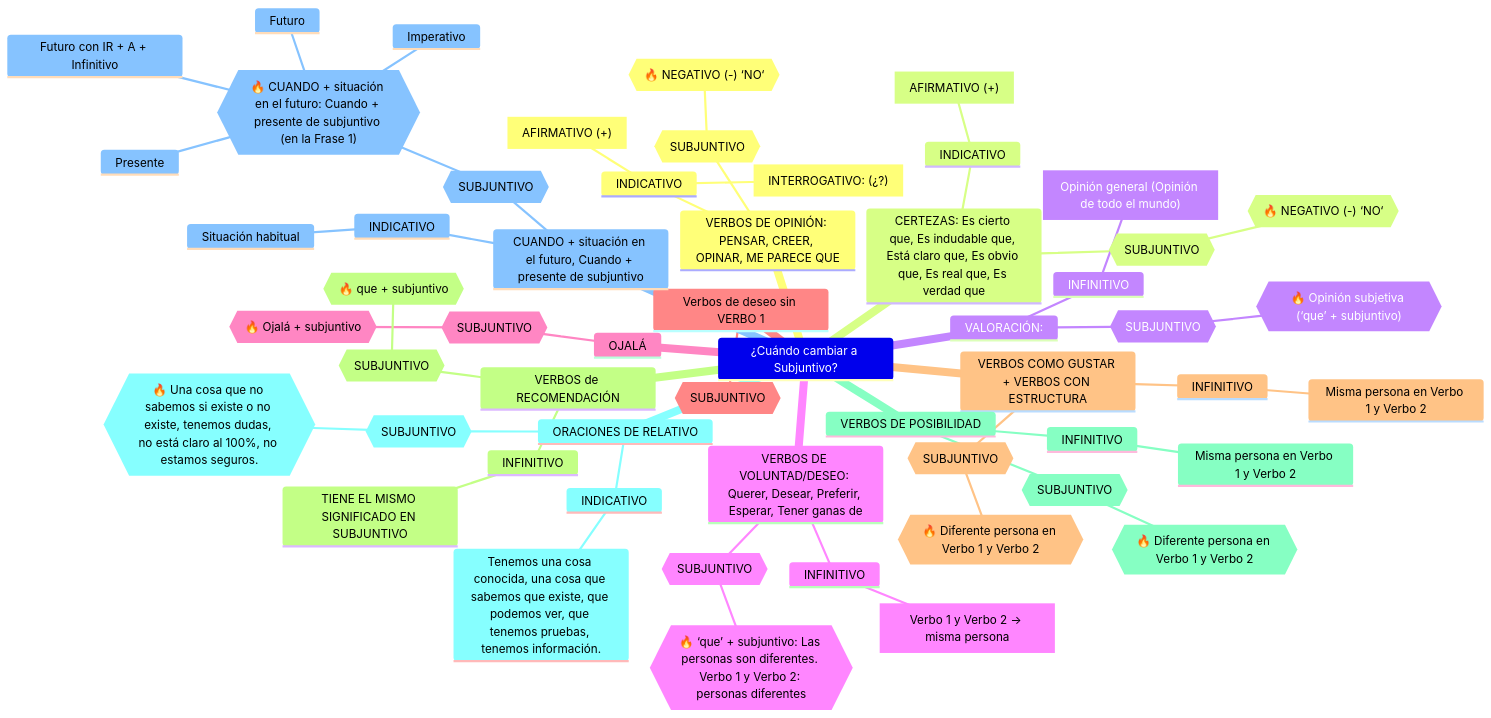
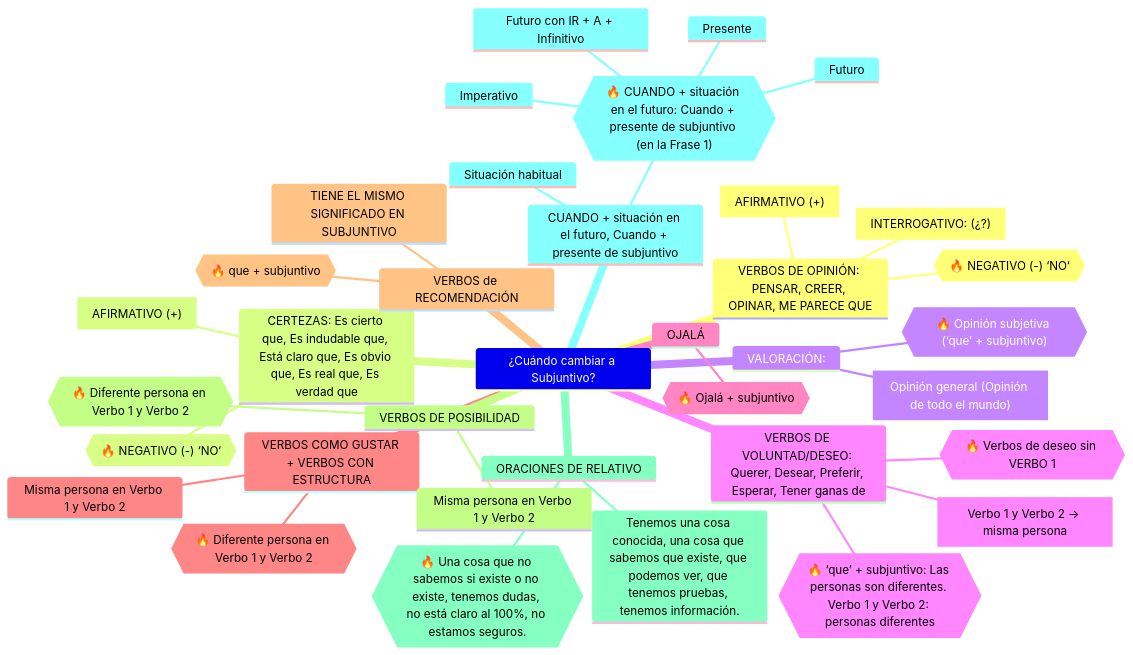
One commit to bibenga/docker-django-play changed the second of 5 diagrams in test.md. Above: the diagram before and after it, drawn with Mermaid.

````diff
--- a/test.md
+++ b/test.md
@@ -65,59 +65,39 @@
 ```mermaid
 mindmap
 ¿Cuándo cambiar a Subjuntivo?
     VERBOS DE OPINIÓN: PENSAR, CREER, OPINAR, ME PARECE QUE
-        INDICATIVO
-            ["AFIRMATIVO (+)"]
-            ["INTERROGATIVO: (¿?)"]
-        {{SUBJUNTIVO}}
-            {{"🔥 NEGATIVO (-) ‘NO‘"}}
+        ["AFIRMATIVO (+)"]
+        ["INTERROGATIVO: (¿?)"]
+        {{"🔥 NEGATIVO (-) ‘NO‘"}}
     CERTEZAS: Es cierto que, Es indudable que, Está claro que, Es obvio que, Es real que, Es verdad que
-        INDICATIVO
-            ["AFIRMATIVO (+)"]
-        {{SUBJUNTIVO}}
-            {{"🔥 NEGATIVO (-) ‘NO‘"}}
+        ["AFIRMATIVO (+)"]
+        {{"🔥 NEGATIVO (-) ‘NO‘"}}
     VALORACIÓN:
-        INFINITIVO
-            ["Opinión general (Opinión de todo el mundo)"]
-        {{SUBJUNTIVO}}
-            {{"🔥 Opinión subjetiva (‘que’ + subjuntivo)"}}
+        ["Opinión general (Opinión de todo el mundo)"]
+        {{"🔥 Opinión subjetiva (‘que’ + subjuntivo)"}}
     VERBOS DE VOLUNTAD/DESEO: Querer, Desear, Preferir, Esperar, Tener ganas de
-        INFINITIVO
-            ["Verbo 1 y Verbo 2 -> misma persona"]
-        {{SUBJUNTIVO}}
-            {{"🔥 ‘que’ + subjuntivo: Las personas son diferentes. Verbo 1 y Verbo 2: personas diferentes"}}
+        ["Verbo 1 y Verbo 2 -> misma persona"]
+        {{"🔥 ‘que’ + subjuntivo: Las personas son diferentes. Verbo 1 y Verbo 2: personas diferentes"}}
+        {{🔥 Verbos de deseo sin VERBO 1}}
     OJALÁ
-        {{SUBJUNTIVO}}
-            {{"🔥 Ojalá + subjuntivo"}}
-    Verbos de deseo sin VERBO 1
-        {{SUBJUNTIVO}}
+        {{"🔥 Ojalá + subjuntivo"}}
     VERBOS COMO GUSTAR + VERBOS CON ESTRUCTURA
-        INFINITIVO
-            Misma persona en Verbo 1 y Verbo 2
-        {{SUBJUNTIVO}}
-            {{"🔥 Diferente persona en Verbo 1 y Verbo 2"}}
+        Misma persona en Verbo 1 y Verbo 2
+        {{"🔥 Diferente persona en Verbo 1 y Verbo 2"}}
     VERBOS de RECOMENDACIÓN
-        INFINITIVO
-            TIENE EL MISMO SIGNIFICADO EN SUBJUNTIVO
-        {{SUBJUNTIVO}}
-            {{"🔥 que + subjuntivo"}}
+        TIENE EL MISMO SIGNIFICADO EN SUBJUNTIVO
+        {{"🔥 que + subjuntivo"}}
     VERBOS DE POSIBILIDAD
-        INFINITIVO
-            Misma persona en Verbo 1 y Verbo 2
-        {{SUBJUNTIVO}}
-            {{"🔥 Diferente persona en Verbo 1 y Verbo 2"}}
+        Misma persona en Verbo 1 y Verbo 2
+        {{"🔥 Diferente persona en Verbo 1 y Verbo 2"}}
     ORACIONES DE RELATIVO
-        INDICATIVO
-            Tenemos una cosa conocida, una cosa que sabemos que existe, que podemos ver, que tenemos pruebas, tenemos información.
-        {{SUBJUNTIVO}}
-            {{"🔥 Una cosa que no sabemos si existe o no existe, tenemos dudas, no está claro al 100%, no estamos seguros."}}
+        Tenemos una cosa conocida, una cosa que sabemos que existe, que podemos ver, que tenemos pruebas, tenemos información.
+        {{"🔥 Una cosa que no sabemos si existe o no existe, tenemos dudas, no está claro al 100%, no estamos seguros."}}
     CUANDO + situación en el futuro, Cuando + presente de subjuntivo
-        INDICATIVO
-            Situación habitual
-        {{SUBJUNTIVO}}
-            {{"🔥 CUANDO + situación en el futuro: Cuando + presente de subjuntivo (en la Frase 1)"}}
+        Situación habitual
+        {{"🔥 CUANDO + situación en el futuro: Cuando + presente de subjuntivo (en la Frase 1)"}}
                 Presente
                 Futuro con IR + A + Infinitivo
                 Futuro
                 Imperativo
 ```
````
